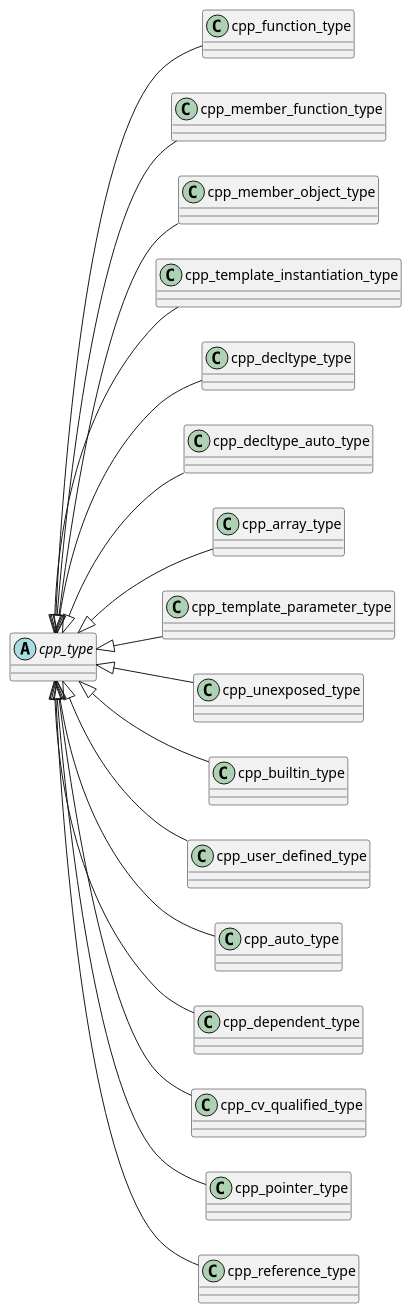
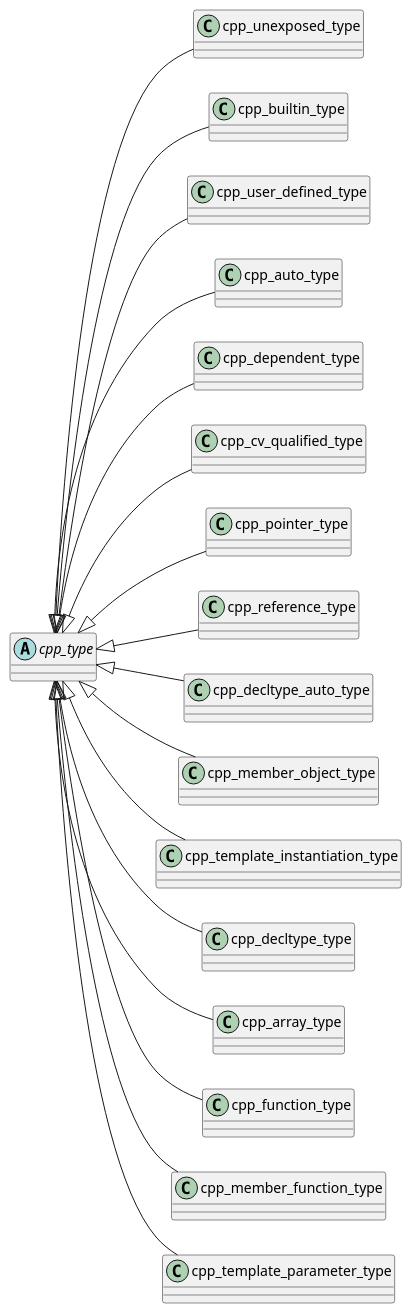
The diagram in cppast/puml/cpp_type_class_hierarchy_diagram.puml (bkryza/clang-uml-examples), drawn with PlantUML before and after one commit. The commit also changed 16 other files, not shown here.

Commit message:
Updated cppast diagrams to clang-uml 0.2.0

```diff
--- a/cppast/puml/cpp_type_class_hierarchy_diagram.puml
+++ b/cppast/puml/cpp_type_class_hierarchy_diagram.puml
@@ -1,70 +1,70 @@
 @startuml
 left to right direction
-class "cpp_function_type" as C_0000005325
-class C_0000005325 [[https://github.com/foonathan/cppast/blob/19cbc378f8a6b3fe7d04b309784a3a0920de9e75/include/cppast/cpp_function_type.hpp#L14{A [cppast::cpp_type]() that is a function. A function pointer is created by wrapping it in [cppast::cpp_pointer_type]().}]] {
+abstract "cpp_type" as C_0001585653041236922459
+abstract C_0001585653041236922459 [[https://github.com/foonathan/cppast/blob/f81be80b524a88533f7e5eefd96fe10dc59cc289/include/cppast/cpp_type.hpp#L44{Base class for all C++ types.}]] {
 }
-class "cpp_member_function_type" as C_0000005357
-class C_0000005357 [[https://github.com/foonathan/cppast/blob/19cbc378f8a6b3fe7d04b309784a3a0920de9e75/include/cppast/cpp_function_type.hpp#L87{A [cppast::cpp_type]() that is a member function. A member function with cv qualifier is created by wrapping it in [cppast::cpp_cv_qualified_type](). A member function with reference qualifier is created by wrapping it in [cppast::cpp_reference_type]()....}]] {
+class "cpp_unexposed_type" as C_0000601730303705395408
+class C_0000601730303705395408 [[https://github.com/foonathan/cppast/blob/f81be80b524a88533f7e5eefd96fe10dc59cc289/include/cppast/cpp_type.hpp#L95{An unexposed [cppast::cpp_type](). This is one where no further information besides a name is available.}]] {
 }
-class "cpp_member_object_type" as C_0000005399
-class C_0000005399 [[https://github.com/foonathan/cppast/blob/19cbc378f8a6b3fe7d04b309784a3a0920de9e75/include/cppast/cpp_function_type.hpp#L164{A [cppast::cpp_type]() that is a member object. A member object pointer is created by wrapping it in [cppast::cpp_pointer_type]().}]] {
+class "cpp_builtin_type" as C_0002035785082080260407
+class C_0002035785082080260407 [[https://github.com/foonathan/cppast/blob/f81be80b524a88533f7e5eefd96fe10dc59cc289/include/cppast/cpp_type.hpp#L161{A builtin [cppast::cpp_type](). This is one where there is no associated [cppast::cpp_entity]().}]] {
 }
-class "cpp_template_instantiation_type" as C_0000005499
-class C_0000005499 [[https://github.com/foonathan/cppast/blob/19cbc378f8a6b3fe7d04b309784a3a0920de9e75/include/cppast/cpp_template.hpp#L93{A [cppast::cpp_type]() representing an instantiation of a [cppast::cpp_template]().}]] {
+class "cpp_user_defined_type" as C_0002166954434825938188
+class C_0002166954434825938188 [[https://github.com/foonathan/cppast/blob/f81be80b524a88533f7e5eefd96fe10dc59cc289/include/cppast/cpp_type.hpp#L202{A user-defined [cppast::cpp_type](). It has an associated [cppast::cpp_entity]().}]] {
 }
-class "cpp_decltype_type" as C_0000005750
-class C_0000005750 [[https://github.com/foonathan/cppast/blob/19cbc378f8a6b3fe7d04b309784a3a0920de9e75/include/cppast/cpp_decltype_type.hpp#L13{A [cppast::cpp_type]() that isn't given but taken from an expression.}]] {
+class "cpp_auto_type" as C_0001809003368459807767
+class C_0001809003368459807767 [[https://github.com/foonathan/cppast/blob/f81be80b524a88533f7e5eefd96fe10dc59cc289/include/cppast/cpp_type.hpp#L230{A [cppast::cpp_type]() that isn't given but deduced by `auto`.}]] {
 }
-class "cpp_decltype_auto_type" as C_0000005764
-class C_0000005764 [[https://github.com/foonathan/cppast/blob/19cbc378f8a6b3fe7d04b309784a3a0920de9e75/include/cppast/cpp_decltype_type.hpp#L40{A [cppast::cpp_type]() that isn't given but deduced using the `decltype` rules.}]] {
+class "cpp_dependent_type" as C_0000507998479194737071
+class C_0000507998479194737071 [[https://github.com/foonathan/cppast/blob/f81be80b524a88533f7e5eefd96fe10dc59cc289/include/cppast/cpp_type.hpp#L249{A [cppast::cpp_type]() that depends on another type.}]] {
 }
-class "cpp_array_type" as C_0000005855
-class C_0000005855 [[https://github.com/foonathan/cppast/blob/19cbc378f8a6b3fe7d04b309784a3a0920de9e75/include/cppast/cpp_array_type.hpp#L13{An array of a [cppast::cpp_type]().}]] {
+class "cpp_cv_qualified_type" as C_0000342846994454958214
+class C_0000342846994454958214 [[https://github.com/foonathan/cppast/blob/f81be80b524a88533f7e5eefd96fe10dc59cc289/include/cppast/cpp_type.hpp#L311{A [cppast::cpp_cv]() qualified [cppast::cpp_type]().}]] {
 }
-class "cpp_template_parameter_type" as C_0000006025
-class C_0000006025 [[https://github.com/foonathan/cppast/blob/19cbc378f8a6b3fe7d04b309784a3a0920de9e75/include/cppast/cpp_template_parameter.hpp#L97{A [cppast::cpp_type]() defined by a [cppast::cpp_template_type_parameter]().}]] {
+class "cpp_pointer_type" as C_0000861535705589766807
+class C_0000861535705589766807 [[https://github.com/foonathan/cppast/blob/f81be80b524a88533f7e5eefd96fe10dc59cc289/include/cppast/cpp_type.hpp#L359{A pointer to a [cppast::cpp_type]().}]] {
 }
-abstract "cpp_type" as C_0000006348
-abstract C_0000006348 [[https://github.com/foonathan/cppast/blob/19cbc378f8a6b3fe7d04b309784a3a0920de9e75/include/cppast/cpp_type.hpp#L44{Base class for all C++ types.}]] {
+class "cpp_reference_type" as C_0000600573949475383075
+class C_0000600573949475383075 [[https://github.com/foonathan/cppast/blob/f81be80b524a88533f7e5eefd96fe10dc59cc289/include/cppast/cpp_type.hpp#L394{A reference to a [cppast::cpp_type]().}]] {
 }
-class "cpp_unexposed_type" as C_0000006383
-class C_0000006383 [[https://github.com/foonathan/cppast/blob/19cbc378f8a6b3fe7d04b309784a3a0920de9e75/include/cppast/cpp_type.hpp#L95{An unexposed [cppast::cpp_type](). This is one where no further information besides a name is available.}]] {
+class "cpp_decltype_auto_type" as C_0000026248340214462662
+class C_0000026248340214462662 [[https://github.com/foonathan/cppast/blob/f81be80b524a88533f7e5eefd96fe10dc59cc289/include/cppast/cppast_fwd.hpp#L27{cpp_decltype_auto_type}]] {
 }
-class "cpp_builtin_type" as C_0000006418
-class C_0000006418 [[https://github.com/foonathan/cppast/blob/19cbc378f8a6b3fe7d04b309784a3a0920de9e75/include/cppast/cpp_type.hpp#L161{A builtin [cppast::cpp_type](). This is one where there is no associated [cppast::cpp_entity]().}]] {
+class "cpp_member_object_type" as C_0000603633382993980808
+class C_0000603633382993980808 [[https://github.com/foonathan/cppast/blob/f81be80b524a88533f7e5eefd96fe10dc59cc289/include/cppast/cppast_fwd.hpp#L53{cpp_member_object_type}]] {
 }
-class "cpp_user_defined_type" as C_0000006472
-class C_0000006472 [[https://github.com/foonathan/cppast/blob/19cbc378f8a6b3fe7d04b309784a3a0920de9e75/include/cppast/cpp_type.hpp#L202{A user-defined [cppast::cpp_type](). It has an associated [cppast::cpp_entity]().}]] {
+class "cpp_template_instantiation_type" as C_0001009421424714355715
+class C_0001009421424714355715 [[https://github.com/foonathan/cppast/blob/f81be80b524a88533f7e5eefd96fe10dc59cc289/include/cppast/cppast_fwd.hpp#L63{cpp_template_instantiation_type}]] {
 }
-class "cpp_auto_type" as C_0000006545
-class C_0000006545 [[https://github.com/foonathan/cppast/blob/19cbc378f8a6b3fe7d04b309784a3a0920de9e75/include/cppast/cpp_type.hpp#L230{A [cppast::cpp_type]() that isn't given but deduced by `auto`.}]] {
+class "cpp_decltype_type" as C_0001184982835175222056
+class C_0001184982835175222056 [[https://github.com/foonathan/cppast/blob/f81be80b524a88533f7e5eefd96fe10dc59cc289/include/cppast/cppast_fwd.hpp#L28{cpp_decltype_type}]] {
 }
-class "cpp_dependent_type" as C_0000006564
-class C_0000006564 [[https://github.com/foonathan/cppast/blob/19cbc378f8a6b3fe7d04b309784a3a0920de9e75/include/cppast/cpp_type.hpp#L249{A [cppast::cpp_type]() that depends on another type.}]] {
+class "cpp_array_type" as C_0001347498727659770075
+class C_0001347498727659770075 [[https://github.com/foonathan/cppast/blob/f81be80b524a88533f7e5eefd96fe10dc59cc289/include/cppast/cppast_fwd.hpp#L14{cpp_array_type}]] {
 }
-class "cpp_cv_qualified_type" as C_0000006623
-class C_0000006623 [[https://github.com/foonathan/cppast/blob/19cbc378f8a6b3fe7d04b309784a3a0920de9e75/include/cppast/cpp_type.hpp#L311{A [cppast::cpp_cv]() qualified [cppast::cpp_type]().}]] {
+class "cpp_function_type" as C_0001455852309215570565
+class C_0001455852309215570565 [[https://github.com/foonathan/cppast/blob/f81be80b524a88533f7e5eefd96fe10dc59cc289/include/cppast/cppast_fwd.hpp#L44{cpp_function_type}]] {
 }
-class "cpp_pointer_type" as C_0000006670
-class C_0000006670 [[https://github.com/foonathan/cppast/blob/19cbc378f8a6b3fe7d04b309784a3a0920de9e75/include/cppast/cpp_type.hpp#L359{A pointer to a [cppast::cpp_type]().}]] {
+class "cpp_member_function_type" as C_0001956941679276907326
+class C_0001956941679276907326 [[https://github.com/foonathan/cppast/blob/f81be80b524a88533f7e5eefd96fe10dc59cc289/include/cppast/cppast_fwd.hpp#L52{cpp_member_function_type}]] {
 }
-class "cpp_reference_type" as C_0000006727
-class C_0000006727 [[https://github.com/foonathan/cppast/blob/19cbc378f8a6b3fe7d04b309784a3a0920de9e75/include/cppast/cpp_type.hpp#L394{A reference to a [cppast::cpp_type]().}]] {
+class "cpp_template_parameter_type" as C_0002158322113857881673
+class C_0002158322113857881673 [[https://github.com/foonathan/cppast/blob/f81be80b524a88533f7e5eefd96fe10dc59cc289/include/cppast/cppast_fwd.hpp#L65{cpp_template_parameter_type}]] {
 }
-C_0000006348 <|-- C_0000005325
-C_0000006348 <|-- C_0000005357
-C_0000006348 <|-- C_0000005399
-C_0000006348 <|-- C_0000005499
-C_0000006348 <|-- C_0000005750
-C_0000006348 <|-- C_0000005764
-C_0000006348 <|-- C_0000005855
-C_0000006348 <|-- C_0000006025
-C_0000006348 <|-- C_0000006383
-C_0000006348 <|-- C_0000006418
-C_0000006348 <|-- C_0000006472
-C_0000006348 <|-- C_0000006545
-C_0000006348 <|-- C_0000006564
-C_0000006348 <|-- C_0000006623
-C_0000006348 <|-- C_0000006670
-C_0000006348 <|-- C_0000006727
+C_0001585653041236922459 <|-- C_0000601730303705395408
+C_0001585653041236922459 <|-- C_0002035785082080260407
+C_0001585653041236922459 <|-- C_0002166954434825938188
+C_0001585653041236922459 <|-- C_0001809003368459807767
+C_0001585653041236922459 <|-- C_0000507998479194737071
+C_0001585653041236922459 <|-- C_0000342846994454958214
+C_0001585653041236922459 <|-- C_0000861535705589766807
+C_0001585653041236922459 <|-- C_0000600573949475383075
+C_0001585653041236922459 <|-- C_0000026248340214462662
+C_0001585653041236922459 <|-- C_0000603633382993980808
+C_0001585653041236922459 <|-- C_0001009421424714355715
+C_0001585653041236922459 <|-- C_0001184982835175222056
+C_0001585653041236922459 <|-- C_0001347498727659770075
+C_0001585653041236922459 <|-- C_0001455852309215570565
+C_0001585653041236922459 <|-- C_0001956941679276907326
+C_0001585653041236922459 <|-- C_0002158322113857881673
 @enduml
```
